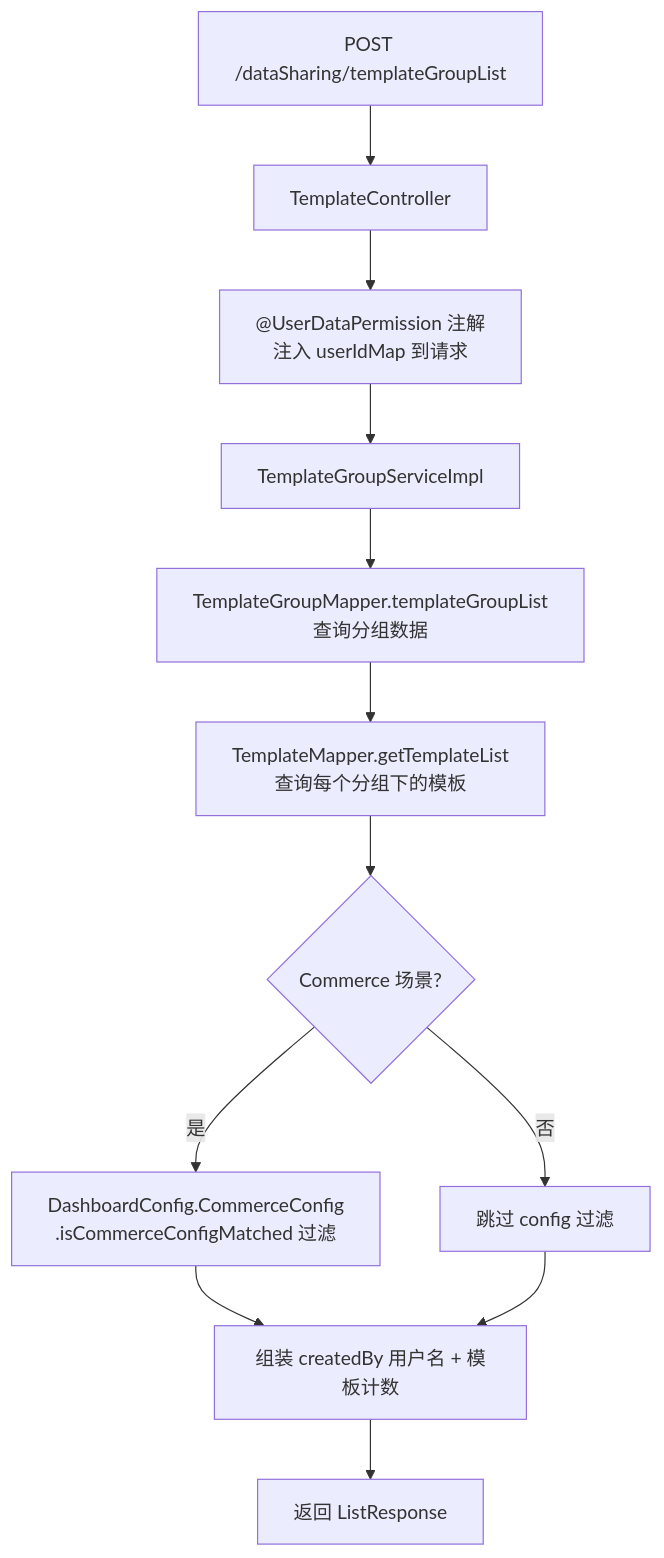
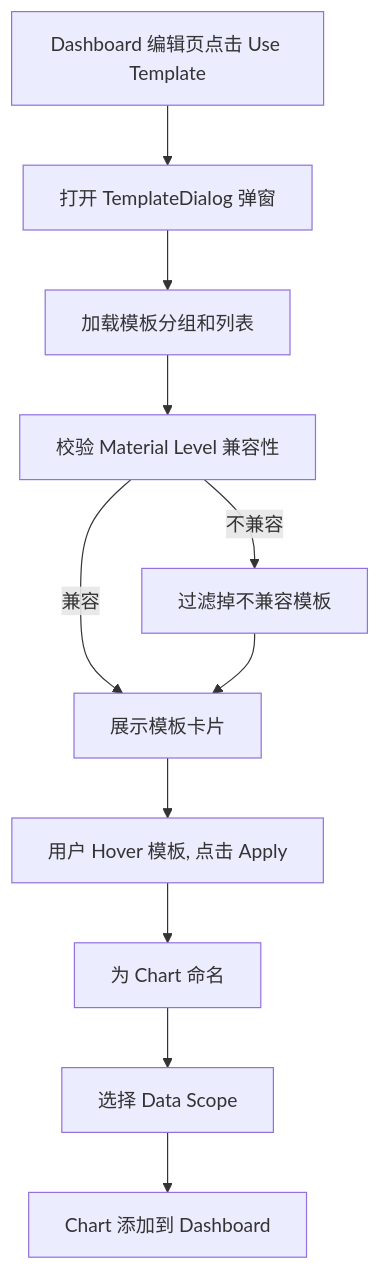
One commit to suoweiwei-pacvue/document-automation changed the sixth of 6 diagrams in output/02-template.md. Above: the diagram before and after it, drawn with Mermaid. The commit also changed other lines of this file and 55 other files, not shown here.

````diff
--- a/output/02-template.md
+++ b/output/02-template.md
@@ -462,14 +698,13 @@
 ```mermaid
 flowchart TD
-    A[POST /dataSharing/templateGroupList] --> B[TemplateController]
-    B --> C["@UserDataPermission 注解<br/>注入 userIdMap 到请求"]
-    C --> D[TemplateGroupServiceImpl]
-    D --> E[TemplateGroupMapper.templateGroupList<br/>查询分组数据]
-    E --> F[TemplateMapper.getTemplateList<br/>查询每个分组下的模板]
-    F --> G{Commerce 场景?}
-    G -->|是| H[DashboardConfig.CommerceConfig<br/>.isCommerceConfigMatched 过滤]
-    G -->|否| I[跳过 config 过滤]
-    H --> J[组装 createdBy 用户名 + 模板计数]
-    I --> J
-    J --> K[返回 ListResponse]
+    A[Dashboard 编辑页点击 Use Template] --> B[打开 TemplateDialog 弹窗]
+    B --> C[加载模板分组和列表]
+    C --> D[校验 Material Level 兼容性]
+    D -->|不兼容| E[过滤掉不兼容模板]
+    D -->|兼容| F[展示模板卡片]
+    E --> F
+    F --> G[用户 Hover 模板, 点击 Apply]
+    G --> H[为 Chart 命名]
+    H --> I[选择 Data Scope]
+    I --> J[Chart 添加到 Dashboard]
 ```
````
